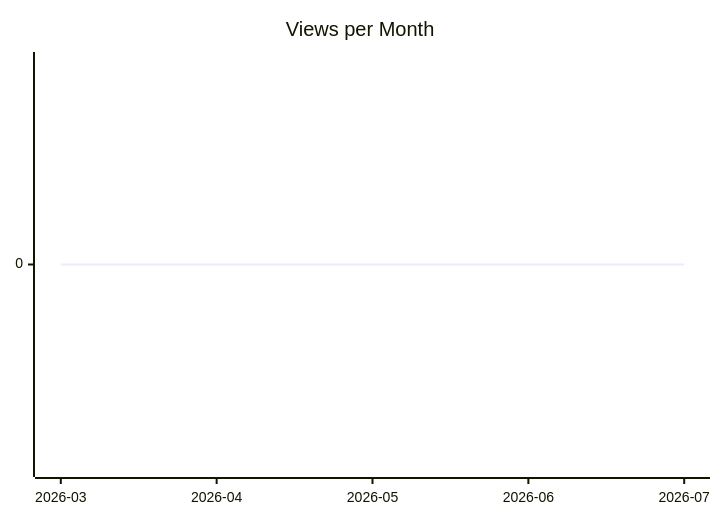
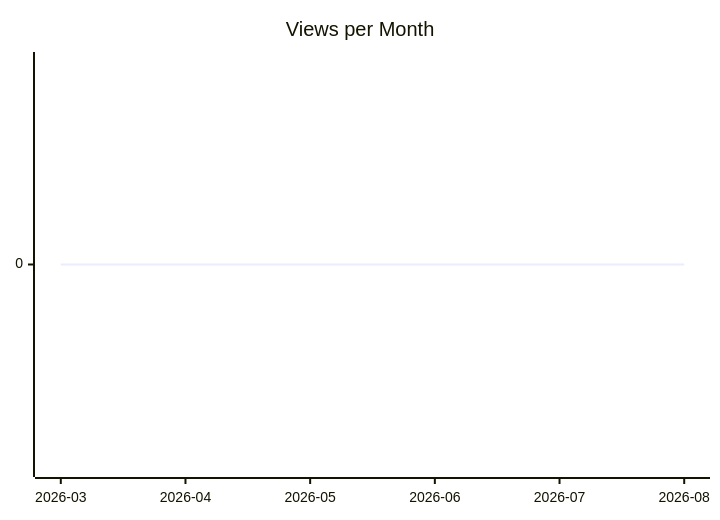
Before and after one commit to justdavis-family/github-analytics-data: the second of 3 diagrams in karlmdavis/liquibase/README.md, drawn with Mermaid. The commit also changed other lines of this file and 182 other files, not shown here.

````diff
--- a/karlmdavis/liquibase/README.md
+++ b/karlmdavis/liquibase/README.md
@@ -12,6 +12,6 @@
 ```mermaid
 xychart-beta
   title "Views per Month"
-  x-axis ["2026-03", "2026-04", "2026-05", "2026-06", "2026-07"]
-  line [0, 0, 0, 0, 0]
+  x-axis ["2026-03", "2026-04", "2026-05", "2026-06", "2026-07", "2026-08"]
+  line [0, 0, 0, 0, 0, 0]
 ```
````
